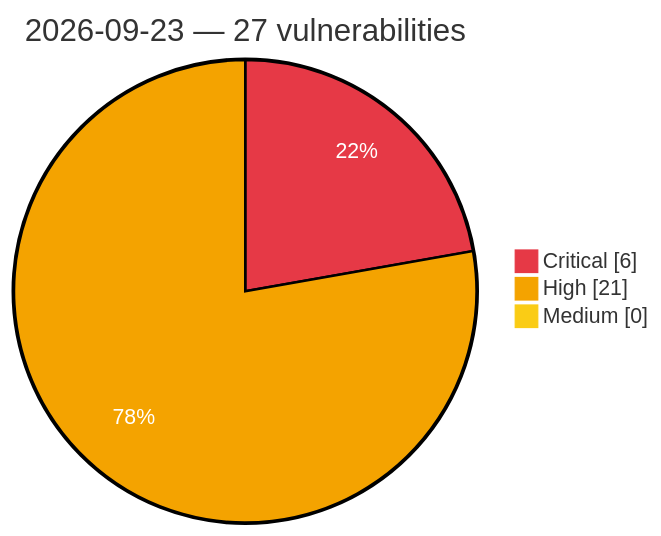
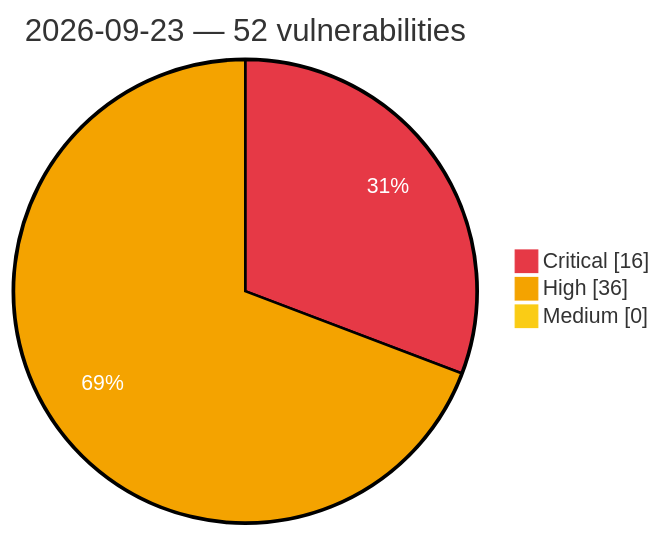
One commit to GhostX0X/vuln-tracker changed the diagram in vulnerabilities/2026/September/2026-09-23.md. Above: the diagram before and after it, drawn with Mermaid. The commit also changed other lines of this file and 5 other files, not shown here.

Commit message:
Auto update: critical/high vulns (2026-09-23 18:49 UTC)

````diff
--- a/vulnerabilities/2026/September/2026-09-23.md
+++ b/vulnerabilities/2026/September/2026-09-23.md
@@ -3,8 +3,8 @@
 ```mermaid
 %%{init: {'theme':'base', 'themeVariables': {'pie1':'#e63946', 'pie2':'#f4a300', 'pie3':'#facc15', 'pieOpacity':'1', 'pieOuterStrokeWidth':'2px', 'pieSectionTextColor':'#ffffff'}}}%%
 pie showData
-    title 2026-09-23 — 27 vulnerabilities
-    "Critical" : 6
-    "High" : 21
+    title 2026-09-23 — 52 vulnerabilities
+    "Critical" : 16
+    "High" : 36
     "Medium" : 0
 ```
````
